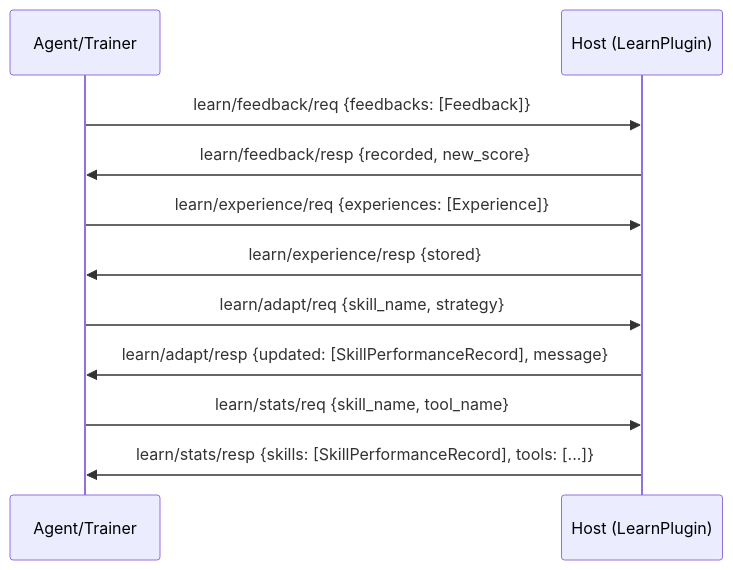
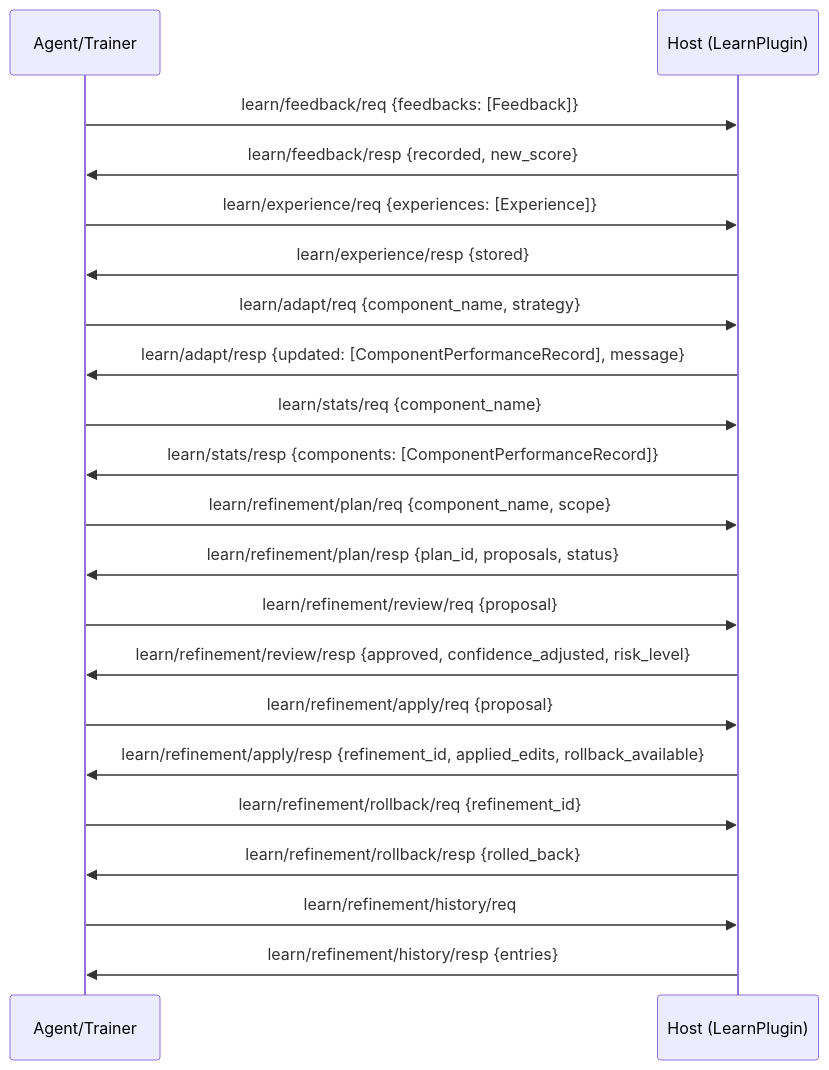
The diagram in codewiki/protocol-spec/learn.md (a2eprotocol/python-sdk), drawn with Mermaid before and after one commit. The commit also changed other lines of this file and 16 other files, not shown here.

````diff
--- a/codewiki/protocol-spec/learn.md
+++ b/codewiki/protocol-spec/learn.md
@@ -29,17 +30,32 @@
 ```mermaid
 sequenceDiagram
     participant A as Agent/Trainer
     participant H as Host (LearnPlugin)
 
     A->>H: learn/feedback/req {feedbacks: [Feedback]}
     H->>A: learn/feedback/resp {recorded, new_score}
 
     A->>H: learn/experience/req {experiences: [Experience]}
     H->>A: learn/experience/resp {stored}
 
-    A->>H: learn/adapt/req {skill_name, strategy}
-    H->>A: learn/adapt/resp {updated: [SkillPerformanceRecord], message}
+    A->>H: learn/adapt/req {component_name, strategy}
+    H->>A: learn/adapt/resp {updated: [ComponentPerformanceRecord], message}
 
-    A->>H: learn/stats/req {skill_name, tool_name}
-    H->>A: learn/stats/resp {skills: [SkillPerformanceRecord], tools: [...]}
+    A->>H: learn/stats/req {component_name}
+    H->>A: learn/stats/resp {components: [ComponentPerformanceRecord]}
+
+    A->>H: learn/refinement/plan/req {component_name, scope}
+    H->>A: learn/refinement/plan/resp {plan_id, proposals, status}
+
+    A->>H: learn/refinement/review/req {proposal}
+    H->>A: learn/refinement/review/resp {approved, confidence_adjusted, risk_level}
+
+    A->>H: learn/refinement/apply/req {proposal}
+    H->>A: learn/refinement/apply/resp {refinement_id, applied_edits, rollback_available}
+
+    A->>H: learn/refinement/rollback/req {refinement_id}
+    H->>A: learn/refinement/rollback/resp {rolled_back}
+
+    A->>H: learn/refinement/history/req
+    H->>A: learn/refinement/history/resp {entries}
 ```
````
